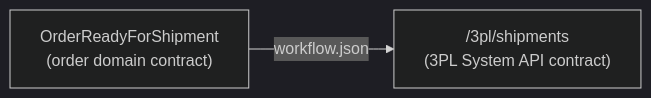
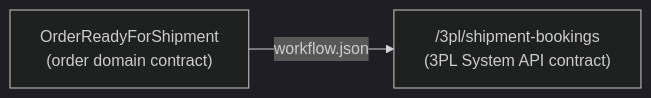
The second of 3 diagrams in README.md (azure-intelligence-domain/logistics-intake), drawn with Mermaid (dark theme) before and after one commit. The commit also changed other lines of this file and 4 other files, not shown here.

First line of the commit message:
OrderCancelled: undo the domain's part (v1.1.0)

````diff
--- a/README.md
+++ b/README.md
@@ -35,4 +36,4 @@
 ```mermaid
 flowchart LR
-    ev["OrderReadyForShipment<br/>(order domain contract)"] -- "workflow.json" --> req["/3pl/shipments<br/>(3PL System API contract)"]
+    ev["OrderReadyForShipment<br/>(order domain contract)"] -- "workflow.json" --> req["/3pl/shipment-bookings<br/>(3PL System API contract)"]
 ```
````
